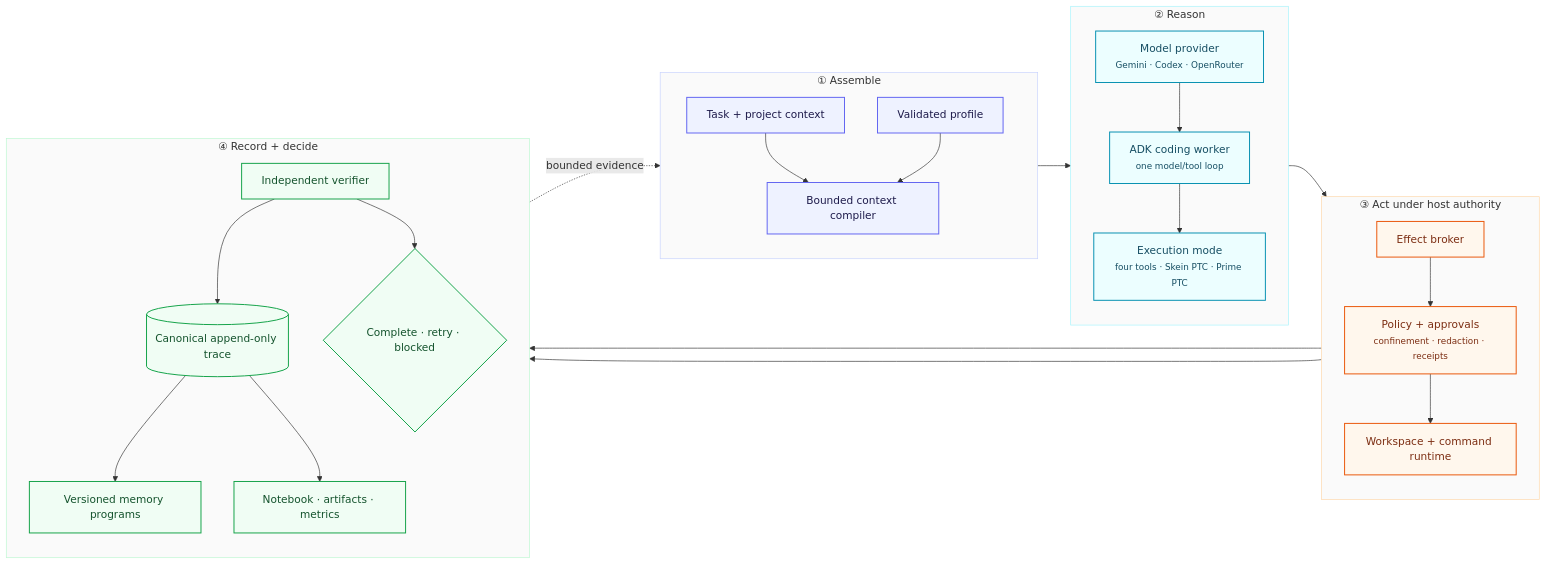
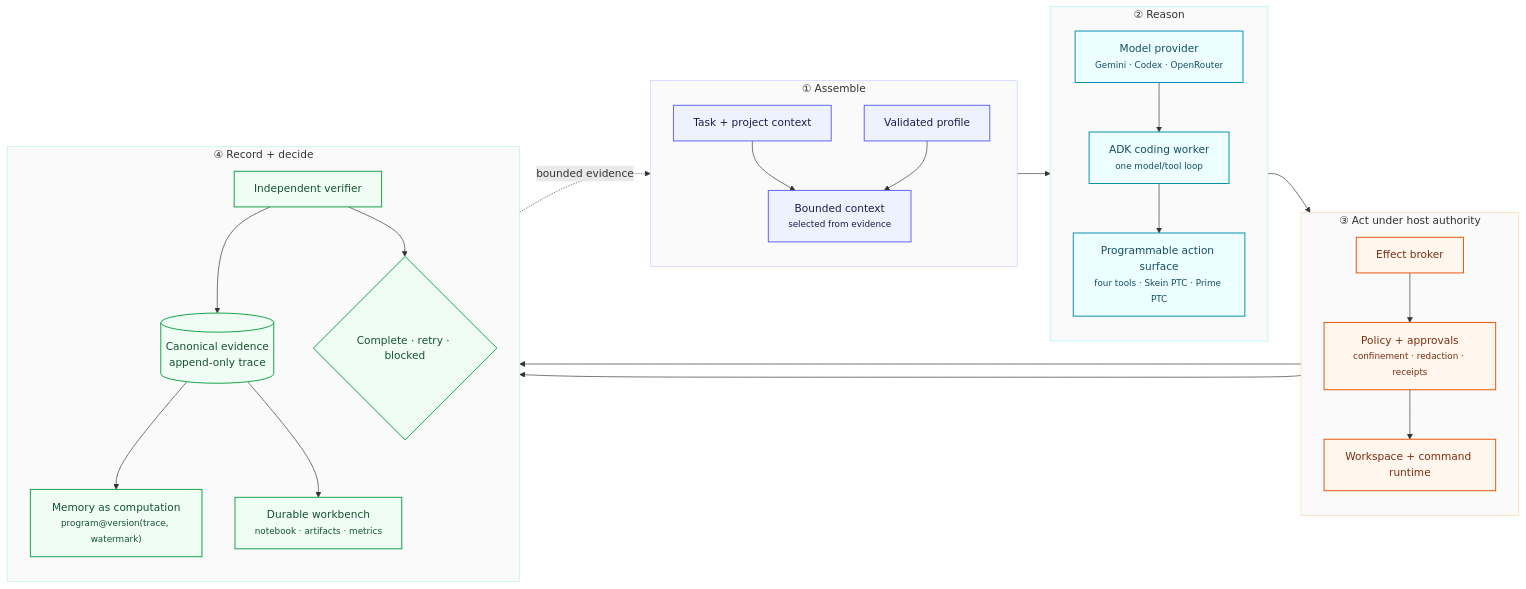
Before and after one commit to lmathia2/skein: the diagram in docs/architecture.md, drawn with Mermaid. The commit also changed other lines of this file, not shown here.

Commit message:
docs: restore Skein architecture thesis

````diff
--- a/docs/architecture.md
+++ b/docs/architecture.md
@@ -7,62 +19,62 @@
 ```mermaid
 flowchart LR
     subgraph INPUT["① Assemble"]
         direction TB
         TASK["Task + project context"]
         CFG["Validated profile"]
-        CTX["Bounded context compiler"]
+        CTX["Bounded context<br/><small>selected from evidence</small>"]
         TASK --> CTX
         CFG --> CTX
     end
 
     subgraph CORE["② Reason"]
         direction TB
         MODEL["Model provider<br/><small>Gemini · Codex · OpenRouter</small>"]
         WORKER["ADK coding worker<br/><small>one model/tool loop</small>"]
-        MODE["Execution mode<br/><small>four tools · Skein PTC · Prime PTC</small>"]
+        MODE["Programmable action surface<br/><small>four tools · Skein PTC · Prime PTC</small>"]
         MODEL --> WORKER
         WORKER --> MODE
     end
 
     subgraph CONTROL["③ Act under host authority"]
         direction TB
         BROKER["Effect broker"]
         POLICY["Policy + approvals<br/><small>confinement · redaction · receipts</small>"]
         RUNTIME["Workspace + command runtime"]
         MODE --> BROKER
         BROKER --> POLICY
         POLICY --> RUNTIME
     end
 
     subgraph EVIDENCE["④ Record + decide"]
         direction TB
-        TRACE[("Canonical append-only trace")]
-        MEMORY["Versioned memory programs"]
-        VIEWS["Notebook · artifacts · metrics"]
+        TRACE[("Canonical evidence<br/>append-only trace")]
+        MEMORY["Memory as computation<br/><small>program@version(trace, watermark)</small>"]
+        VIEWS["Durable workbench<br/><small>notebook · artifacts · metrics</small>"]
         VERIFY["Independent verifier"]
         RESULT{"Complete · retry · blocked"}
         TRACE --> MEMORY
         TRACE --> VIEWS
         RUNTIME --> VERIFY
         VERIFY --> RESULT
         VERIFY --> TRACE
     end
 
     CTX --> WORKER
     BROKER --> TRACE
     MEMORY -. "bounded evidence" .-> CTX
 
     classDef input fill:#eef2ff,stroke:#6366f1,color:#1e1b4b,stroke-width:1.5px;
     classDef core fill:#ecfeff,stroke:#0891b2,color:#164e63,stroke-width:1.5px;
     classDef control fill:#fff7ed,stroke:#ea580c,color:#7c2d12,stroke-width:1.5px;
     classDef evidence fill:#f0fdf4,stroke:#16a34a,color:#14532d,stroke-width:1.5px;
     class TASK,CFG,CTX input;
     class MODEL,WORKER,MODE core;
     class BROKER,POLICY,RUNTIME control;
     class TRACE,MEMORY,VIEWS,VERIFY,RESULT evidence;
 
     style INPUT fill:#fafafa,stroke:#c7d2fe,stroke-width:1px
     style CORE fill:#fafafa,stroke:#a5f3fc,stroke-width:1px
     style CONTROL fill:#fafafa,stroke:#fed7aa,stroke-width:1px
     style EVIDENCE fill:#fafafa,stroke:#bbf7d0,stroke-width:1px
 ```
````
